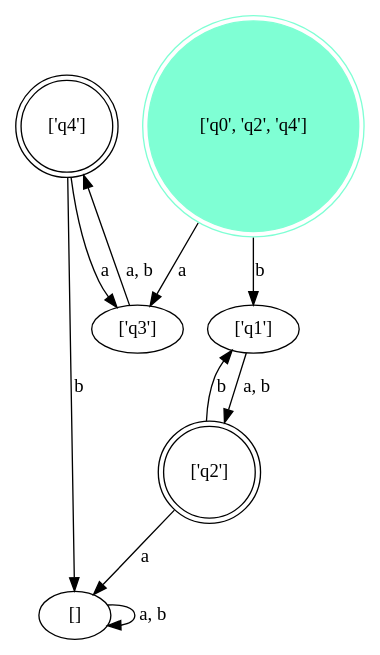
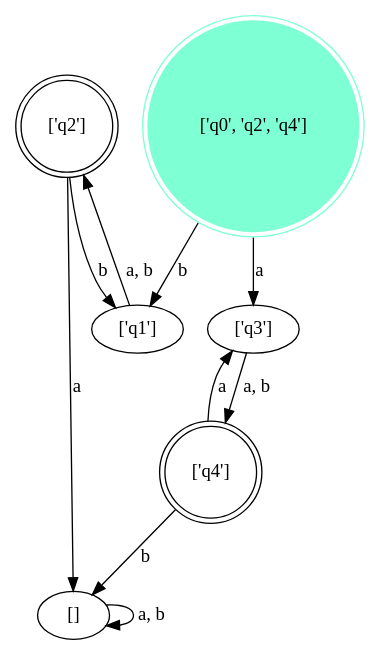
The diagram in input/25d/dfa_minimized.gv (nascarsayan/nfa2dfa), drawn with Graphviz before and after one commit. The commit also changed other lines of this file and 27 other files, not shown here.

```diff
--- a/input/25d/dfa_minimized.gv
+++ b/input/25d/dfa_minimized.gv
@@ -1,21 +1,21 @@
 // FSM
 digraph {
-	"['q1']"
 	"['q3']"
 	"[]"
+	"['q1']"
 	node [shape=doublecircle]
+	"['q2']"
 	"['q4']"
-	"['q2']"
 	node [color=aquamarine shape=doublecircle style=filled]
 	"['q0', 'q2', 'q4']"
 	node [shape=circle]
 	"['q0', 'q2', 'q4']" -> "['q3']" [label=a]
 	"['q0', 'q2', 'q4']" -> "['q1']" [label=b]
 	"['q3']" -> "['q4']" [label="a, b"]
 	"['q1']" -> "['q2']" [label="a, b"]
 	"['q4']" -> "['q3']" [label=a]
 	"['q4']" -> "[]" [label=b]
 	"['q2']" -> "[]" [label=a]
 	"['q2']" -> "['q1']" [label=b]
 	"[]" -> "[]" [label="a, b"]
 }
```
